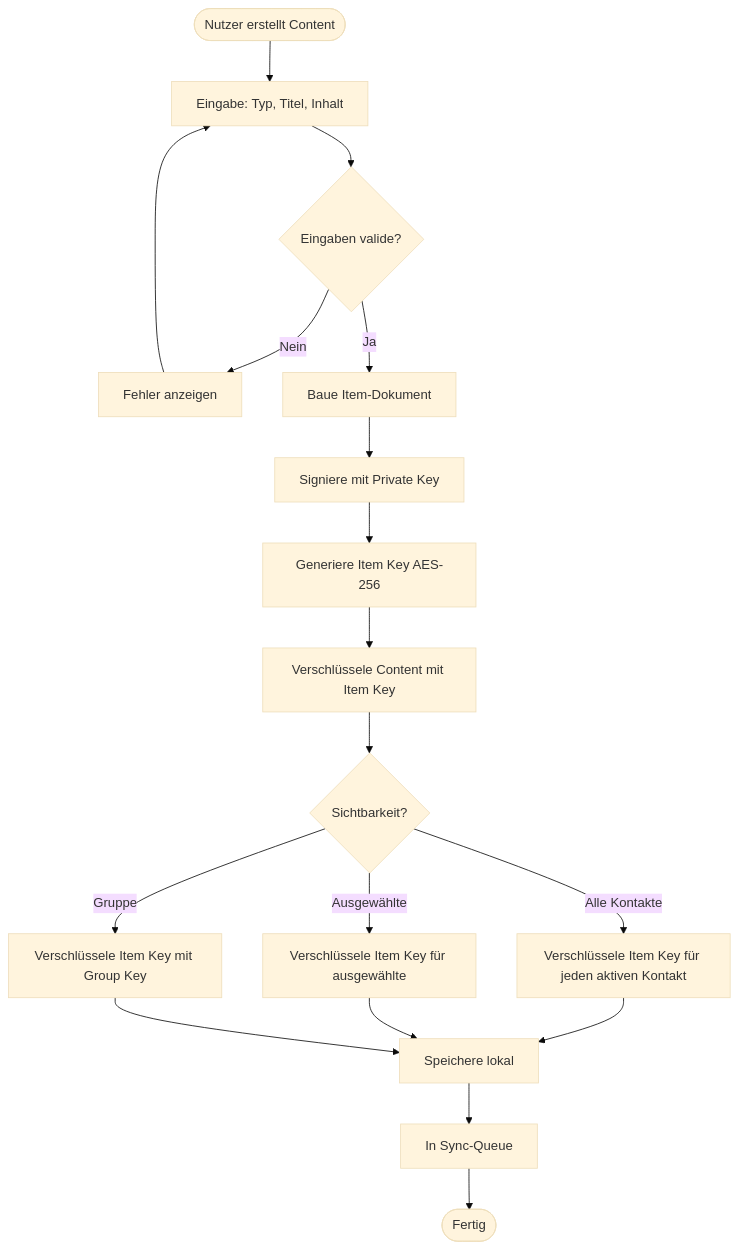
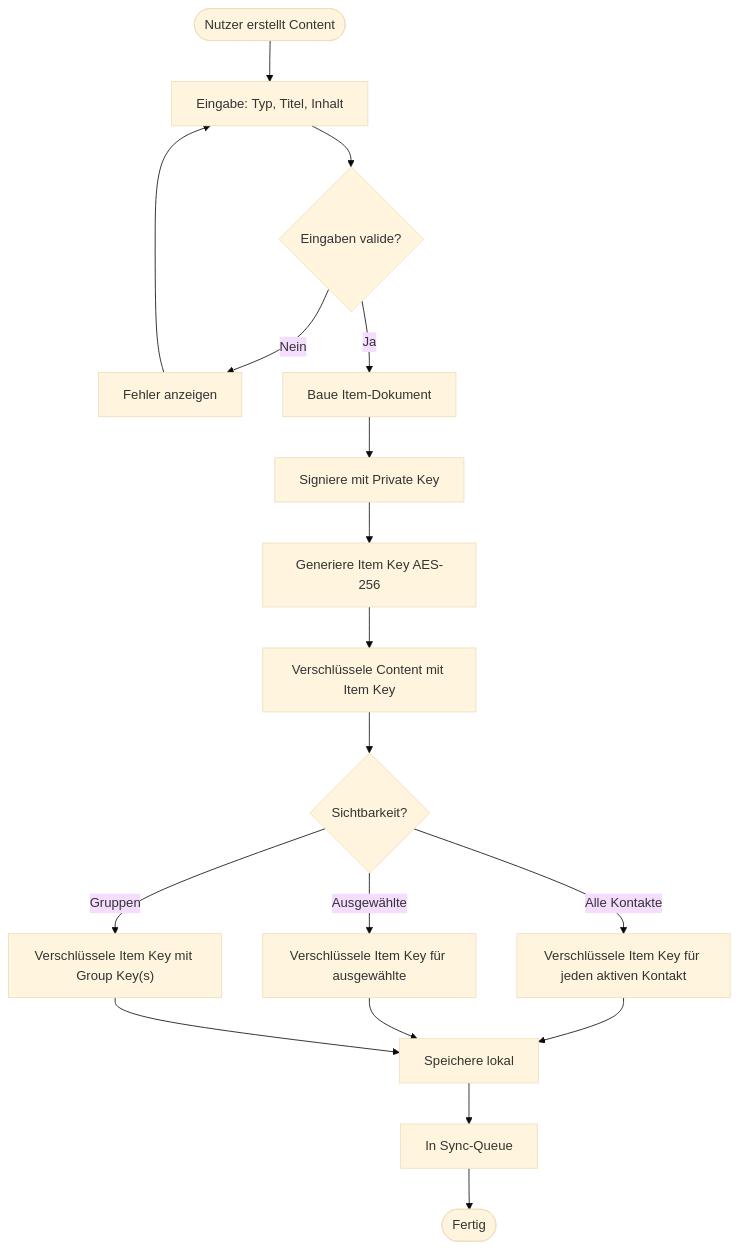
Before and after one commit to antontranelis/web-of-trust: the second of 10 diagrams in flows/04-content-technisch-flow.md, drawn with Mermaid (base theme). The commit also changed other lines of this file and 5 other files, not shown here.

````diff
--- a/flows/04-content-technisch-flow.md
+++ b/flows/04-content-technisch-flow.md
@@ -126,31 +127,31 @@
 ```mermaid
 flowchart TD
     Start(["Nutzer erstellt Content"]) --> Input["Eingabe: Typ, Titel, Inhalt"]
 
     Input --> Validate{"Eingaben valide?"}
 
     Validate -->|Nein| Error["Fehler anzeigen"]
     Error --> Input
 
     Validate -->|Ja| BuildDoc["Baue Item-Dokument"]
 
     BuildDoc --> Sign["Signiere mit Private Key"]
 
     Sign --> GenItemKey["Generiere Item Key AES-256"]
 
     GenItemKey --> EncryptContent["Verschlüssele Content mit Item Key"]
 
     EncryptContent --> Visibility{"Sichtbarkeit?"}
 
     Visibility -->|Alle Kontakte| EncryptAll["Verschlüssele Item Key für jeden aktiven Kontakt"]
     Visibility -->|Ausgewählte| EncryptSelected["Verschlüssele Item Key für ausgewählte"]
-    Visibility -->|Gruppe| EncryptGroup["Verschlüssele Item Key mit Group Key"]
+    Visibility -->|Gruppen| EncryptGroups["Verschlüssele Item Key mit Group Key(s)"]
 
     EncryptAll --> Store["Speichere lokal"]
     EncryptSelected --> Store
-    EncryptGroup --> Store
+    EncryptGroups --> Store
 
     Store --> Queue["In Sync-Queue"]
 
     Queue --> Done(["Fertig"])
 ```
````
